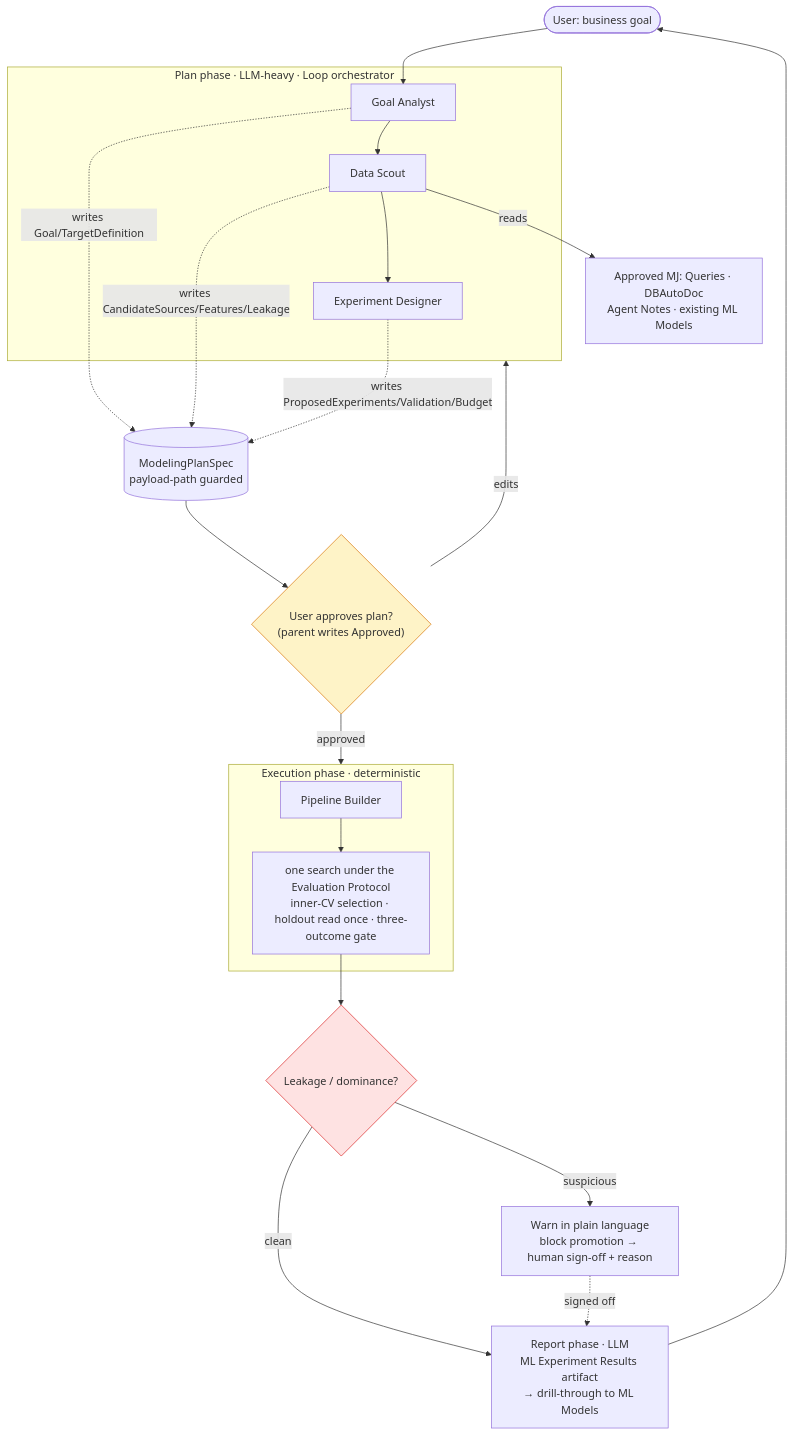
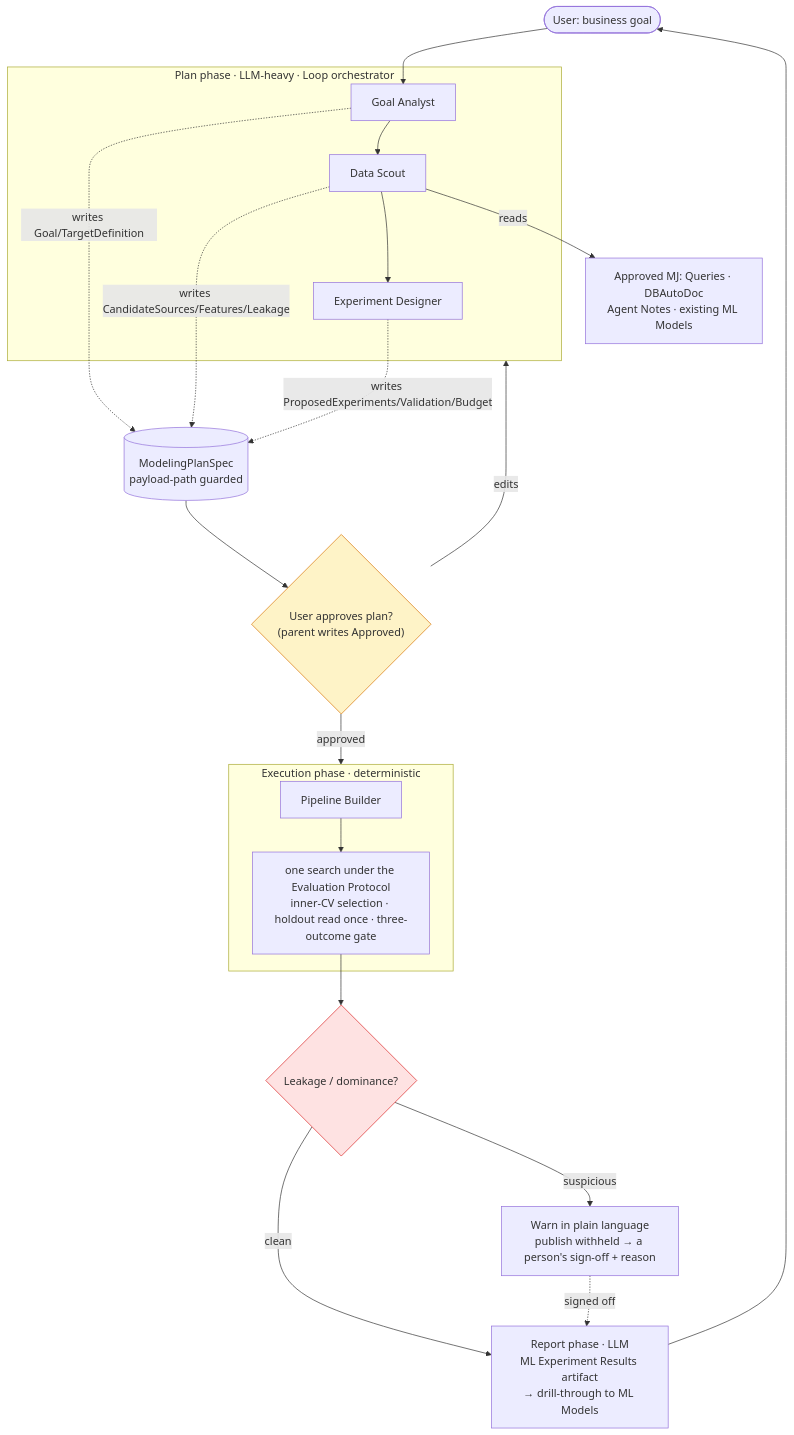
Before and after one commit to MemberJunction/MJ: the tenth of 13 diagrams in guides/PREDICTIVE_STUDIO_GUIDE.md, drawn with Mermaid. The commit also changed other lines of this file and 1 other file, not shown here.

````diff
--- a/guides/PREDICTIVE_STUDIO_GUIDE.md
+++ b/guides/PREDICTIVE_STUDIO_GUIDE.md
@@ -796,24 +870,24 @@
 ```mermaid
 flowchart TB
     U([User: business goal]) --> GA
     subgraph PLAN["Plan phase · LLM-heavy · Loop orchestrator"]
         GA[Goal Analyst] --> DS[Data Scout] --> ED[Experiment Designer]
     end
     GA -.writes Goal/TargetDefinition.-> SPEC[("ModelingPlanSpec<br/>payload-path guarded")]
     DS -.writes CandidateSources/Features/Leakage.-> SPEC
     ED -.writes ProposedExperiments/Validation/Budget.-> SPEC
     DS -->|reads| GT["Approved MJ: Queries · DBAutoDoc<br/>Agent Notes · existing ML Models"]
     SPEC --> GATE{"User approves plan?<br/>(parent writes Approved)"}
     GATE -->|edits| PLAN
     GATE -->|approved| EXEC
     subgraph EXEC["Execution phase · deterministic"]
         BUILDER[Pipeline Builder] --> RUNS["one search under the Evaluation Protocol<br/>inner-CV selection · holdout read once · three-outcome gate"]
     end
     RUNS --> LEAK{"Leakage / dominance?"}
-    LEAK -->|suspicious| SIGN["Warn in plain language<br/>block promotion → human sign-off + reason"]
+    LEAK -->|suspicious| SIGN["Warn in plain language<br/>publish withheld → a person's sign-off + reason"]
     LEAK -->|clean| REPORT
     SIGN -.->|signed off| REPORT
     REPORT["Report phase · LLM<br/>ML Experiment Results artifact<br/>→ drill-through to ML Models"] --> U
     style GATE fill:#fef3c7,stroke:#d97706
     style LEAK fill:#fee2e2,stroke:#dc2626
 ```
````
